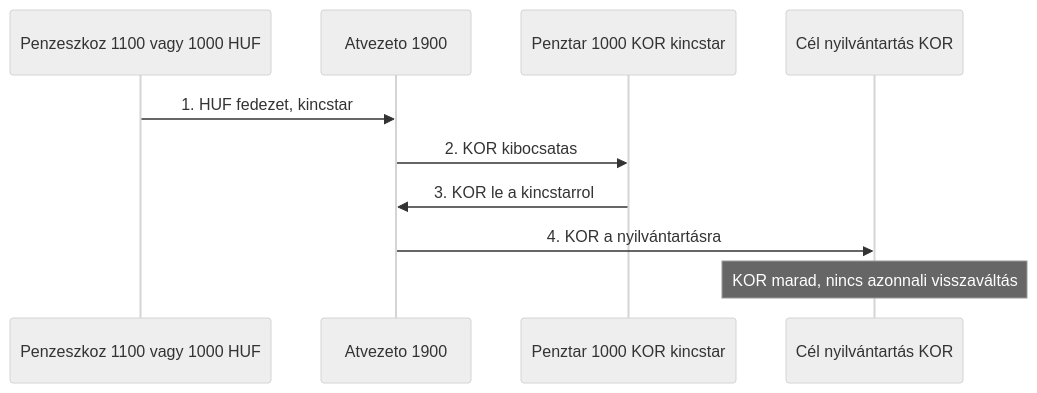
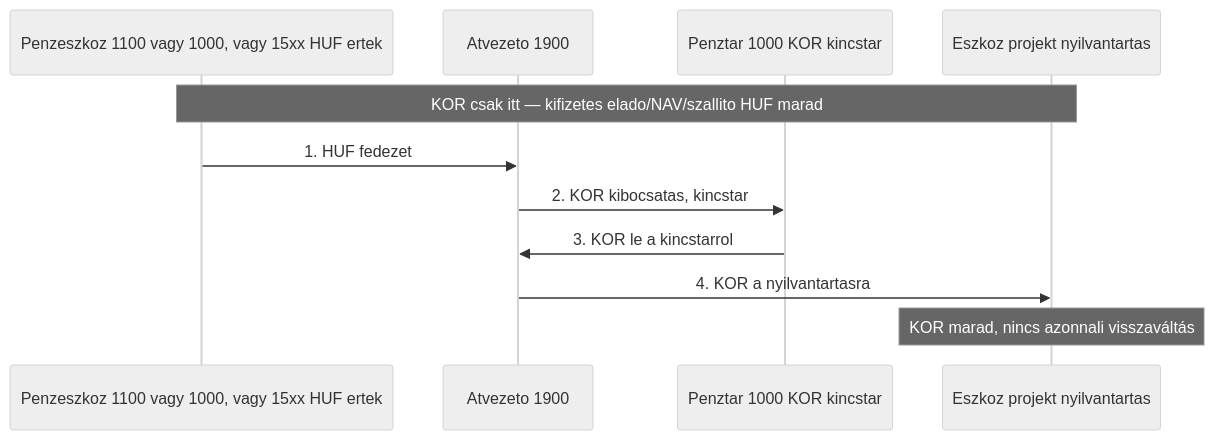
Before and after one commit to pitiboy/curr: the second of 17 diagrams in docs/transaction-workflow.md, drawn with Mermaid (neutral theme). The commit also changed other lines of this file, not shown here.

````diff
--- a/docs/transaction-workflow.md
+++ b/docs/transaction-workflow.md
@@ -150,13 +156,14 @@
 ```mermaid
 sequenceDiagram
-  participant Penz as Penzeszkoz 1100 vagy 1000 HUF
+  participant Fedezet as Penzeszkoz 1100 vagy 1000, vagy 15xx HUF ertek
   participant Atv as Atvezeto 1900
   participant Kincstar as Penztar 1000 KOR kincstar
-  participant Nyilv as Cél nyilvántartás KOR
+  participant Nyilv as Eszkoz projekt nyilvantartas
 
-  Penz->>Atv: 1. HUF fedezet, kincstar
-  Atv->>Kincstar: 2. KOR kibocsatas
+  Note over Fedezet,Nyilv: KOR csak itt — kifizetes elado/NAV/szallito HUF marad
+  Fedezet->>Atv: 1. HUF fedezet
+  Atv->>Kincstar: 2. KOR kibocsatas, kincstar
   Kincstar->>Atv: 3. KOR le a kincstarrol
-  Atv->>Nyilv: 4. KOR a nyilvántartásra
+  Atv->>Nyilv: 4. KOR a nyilvantartasra
   Note over Nyilv: KOR marad, nincs azonnali visszaváltás
 ```
````
